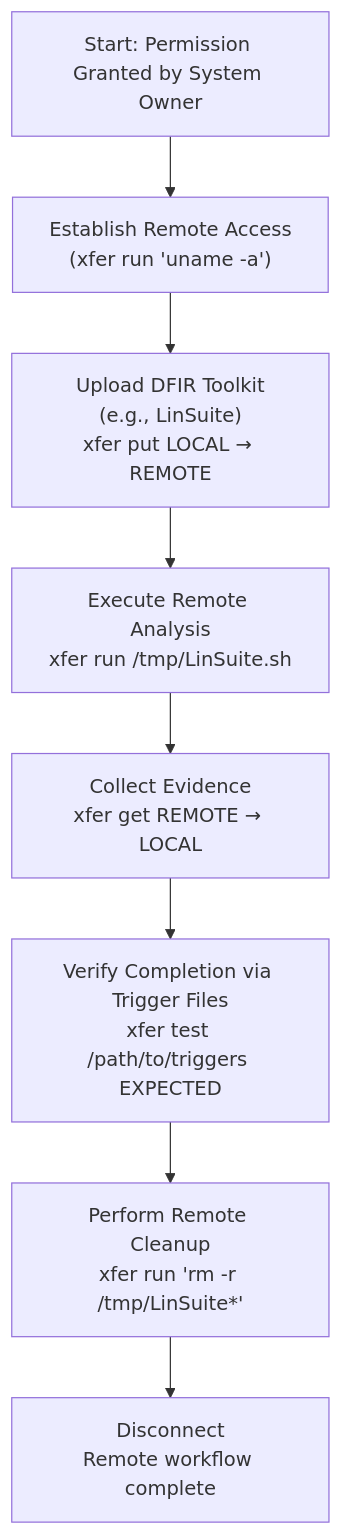
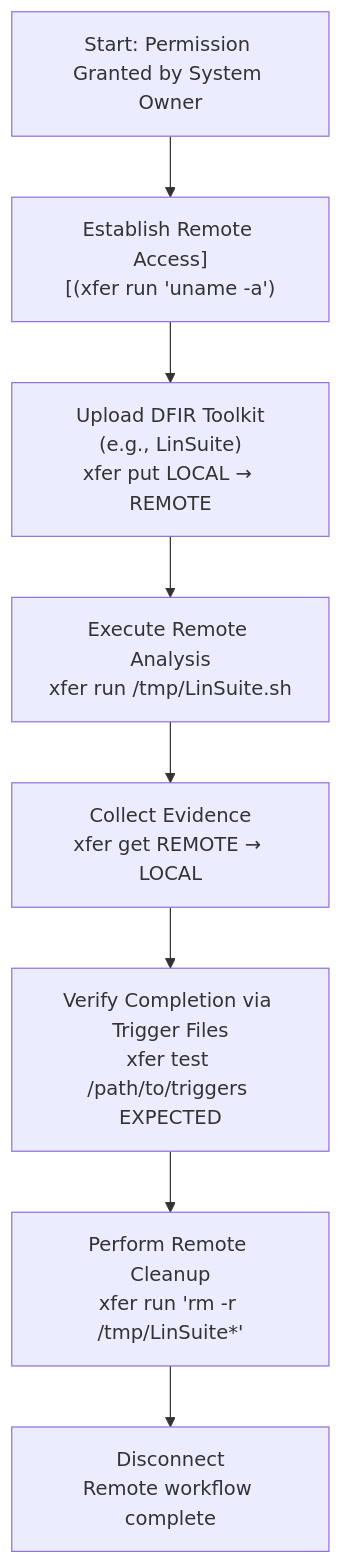
One commit to Mark-a-Hamilton/Toolbox changed the diagram in assets/xferWorkFlow.md. Above: the diagram before and after it, drawn with Mermaid.

````diff
--- a/assets/xferWorkFlow.md
+++ b/assets/xferWorkFlow.md
@@ -21,11 +21,11 @@
 ```mermaid
 flowchart TD
 
-    A["Start: Permission Granted by System Owner"] --> B["Establish Remote Access\n(xfer run 'uname -a')"]
+    A["Start: Permission Granted by System Owner"] --> B["Establish Remote Access]\n[(xfer run 'uname -a')"]
     B --> C["Upload DFIR Toolkit\n(e.g., LinSuite)\nxfer put LOCAL → REMOTE"]
     C --> D["Execute Remote Analysis\nxfer run /tmp/LinSuite.sh"]
     D --> E["Collect Evidence\nxfer get REMOTE → LOCAL"]
     E --> F["Verify Completion via Trigger Files\nxfer test /path/to/triggers EXPECTED"]
     F --> G["Perform Remote Cleanup\nxfer run 'rm -r /tmp/LinSuite*'"]
     G --> H["Disconnect\nRemote workflow complete"]
 ```
````
